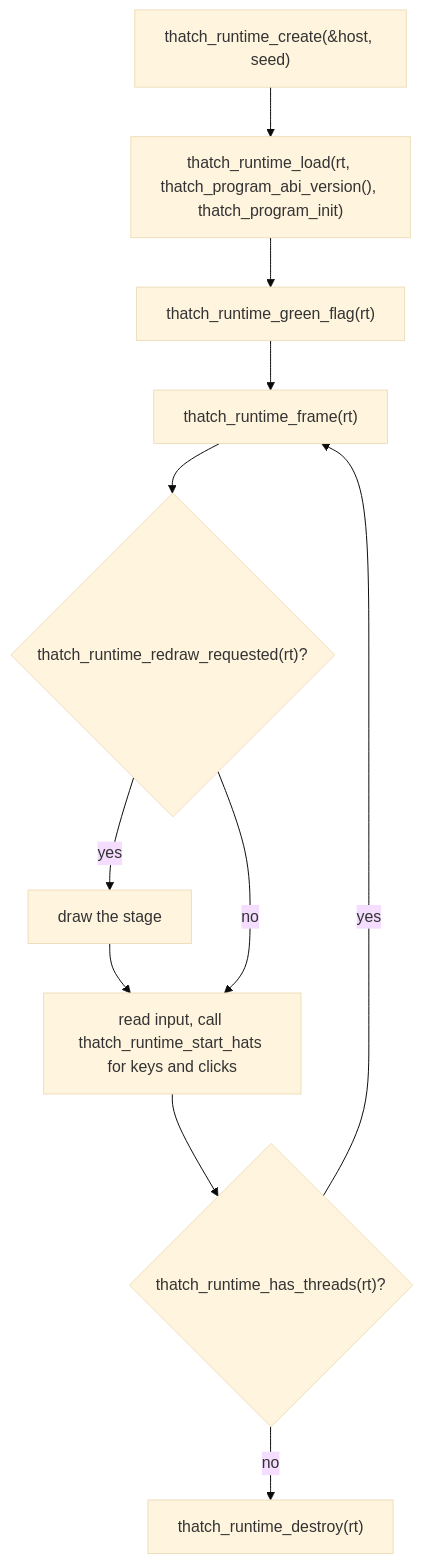
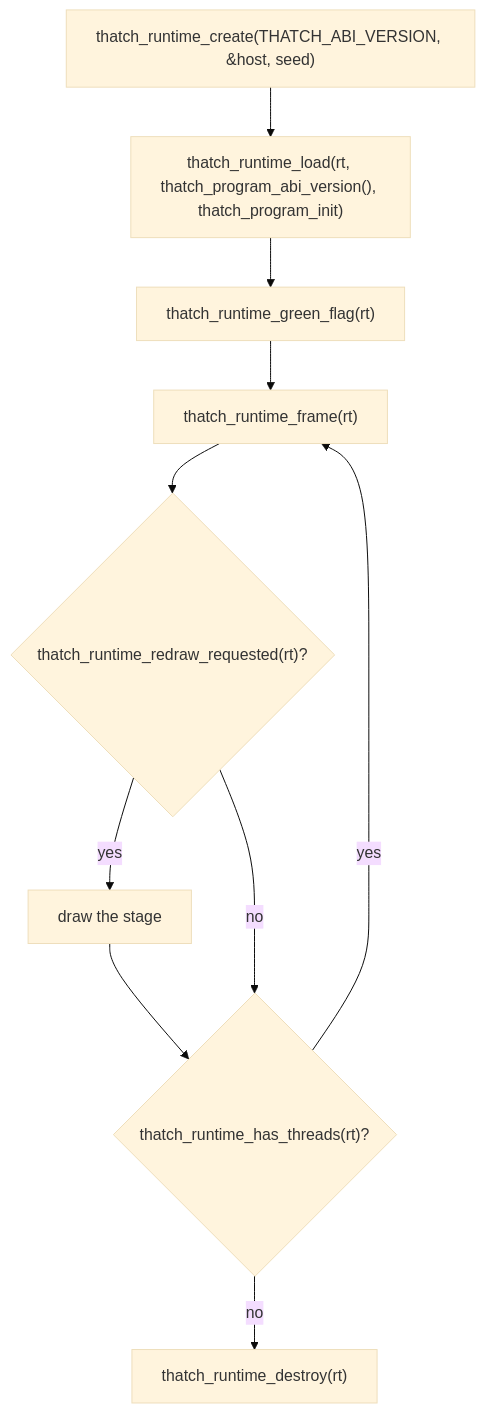
The diagram in docs/abi.md (AstroBlocksMod/thatch), drawn with Mermaid (base theme) before and after one commit. The commit also changed other lines of this file and 7 other files, not shown here.

````diff
--- a/docs/abi.md
+++ b/docs/abi.md
@@ -74,12 +74,11 @@
 ```mermaid
 flowchart TD
-    create["thatch_runtime_create(&host, seed)"] --> load["thatch_runtime_load(rt, thatch_program_abi_version(), thatch_program_init)"]
+    create["thatch_runtime_create(THATCH_ABI_VERSION, &host, seed)"] --> load["thatch_runtime_load(rt, thatch_program_abi_version(), thatch_program_init)"]
     load --> flag["thatch_runtime_green_flag(rt)"]
     flag --> frame["thatch_runtime_frame(rt)"]
     frame --> redraw{"thatch_runtime_redraw_requested(rt)?"}
-    redraw -->|yes| draw["draw the stage"] --> input
-    redraw -->|no| input["read input, call thatch_runtime_start_hats for keys and clicks"]
-    input --> more{"thatch_runtime_has_threads(rt)?"}
+    redraw -->|yes| draw["draw the stage"] --> more
+    redraw -->|no| more{"thatch_runtime_has_threads(rt)?"}
     more -->|yes| frame
     more -->|no| destroy["thatch_runtime_destroy(rt)"]
 ```
````
